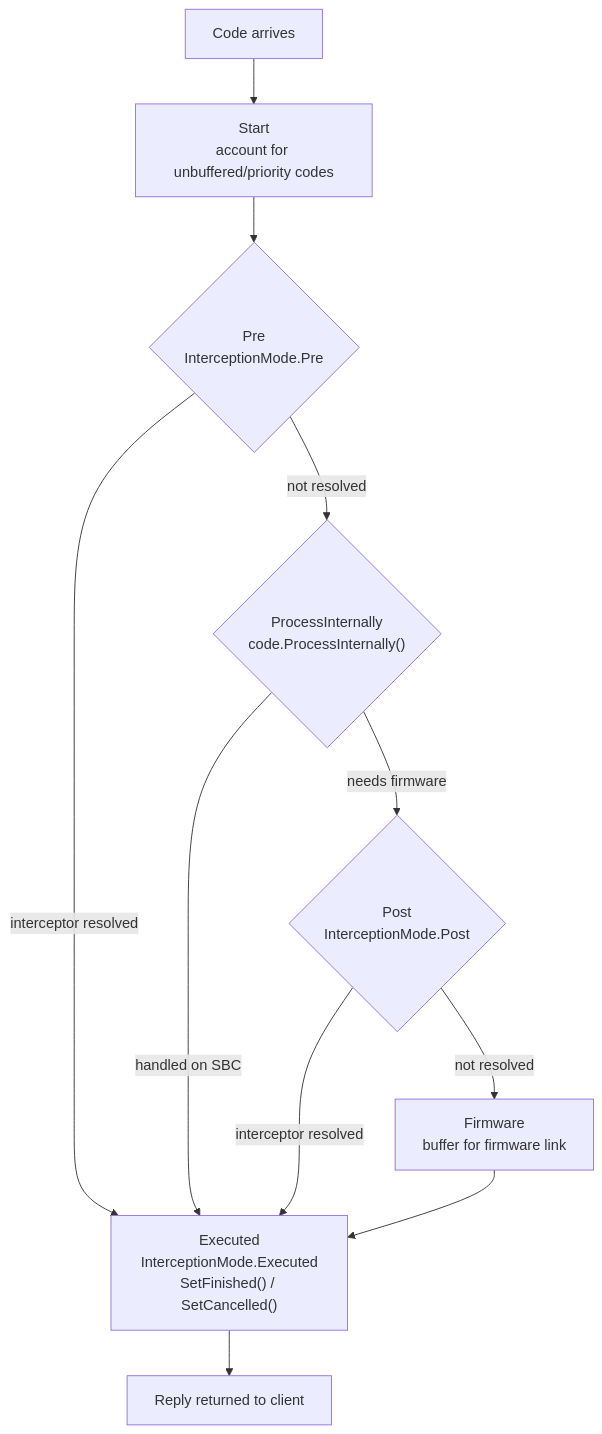
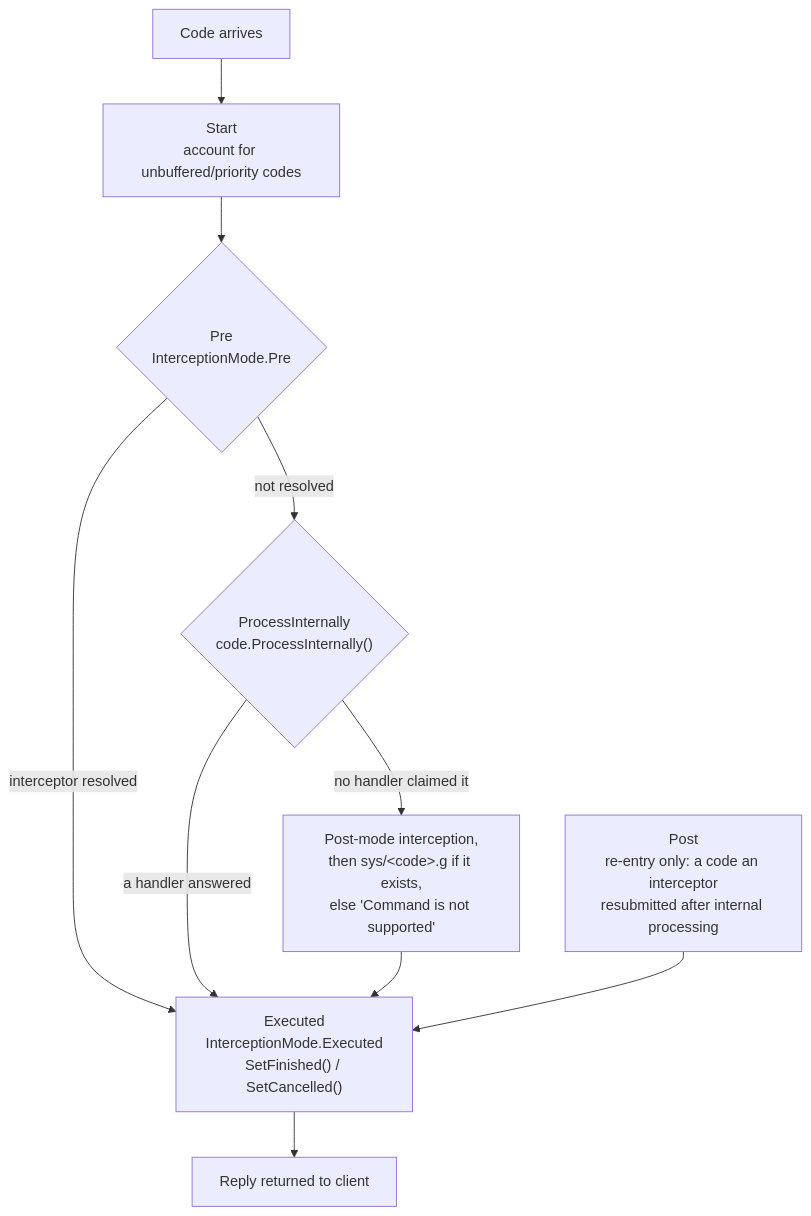
Before and after one commit to Duet3D/DuetSoftwareFramework: the second of 3 diagrams in src/Documentation/articles/gcode-flow.md, drawn with Mermaid. The commit also changed other lines of this file and 8 other files, not shown here.

````diff
--- a/src/Documentation/articles/gcode-flow.md
+++ b/src/Documentation/articles/gcode-flow.md
@@ -111,25 +118,22 @@
 ```mermaid
 flowchart TD
     A[Code arrives] --> START
 
     START["Start<br/>account for unbuffered/priority codes"]
     START --> PRE
 
     PRE{"Pre<br/>InterceptionMode.Pre"}
     PRE -- "interceptor resolved" --> EXEC
     PRE -- "not resolved" --> PROC
 
     PROC{"ProcessInternally<br/>code.ProcessInternally()"}
-    PROC -- "handled on SBC" --> EXEC
-    PROC -- "needs firmware" --> POST
+    PROC -- "a handler answered" --> EXEC
+    PROC -- "no handler claimed it" --> POSTI["Post-mode interception,<br/>then sys/&lt;code&gt;.g if it exists,<br/>else 'Command is not supported'"]
+    POSTI --> EXEC
 
-    POST{"Post<br/>InterceptionMode.Post"}
-    POST -- "interceptor resolved" --> EXEC
-    POST -- "not resolved" --> FW
-
-    FW["Firmware<br/>buffer for firmware link"]
-    FW --> EXEC
+    POST["Post<br/>re-entry only: a code an interceptor<br/>resubmitted after internal processing"]
+    POST --> EXEC
 
     EXEC["Executed<br/>InterceptionMode.Executed<br/>SetFinished() / SetCancelled()"]
     EXEC --> DONE[Reply returned to client]
 ```
````
